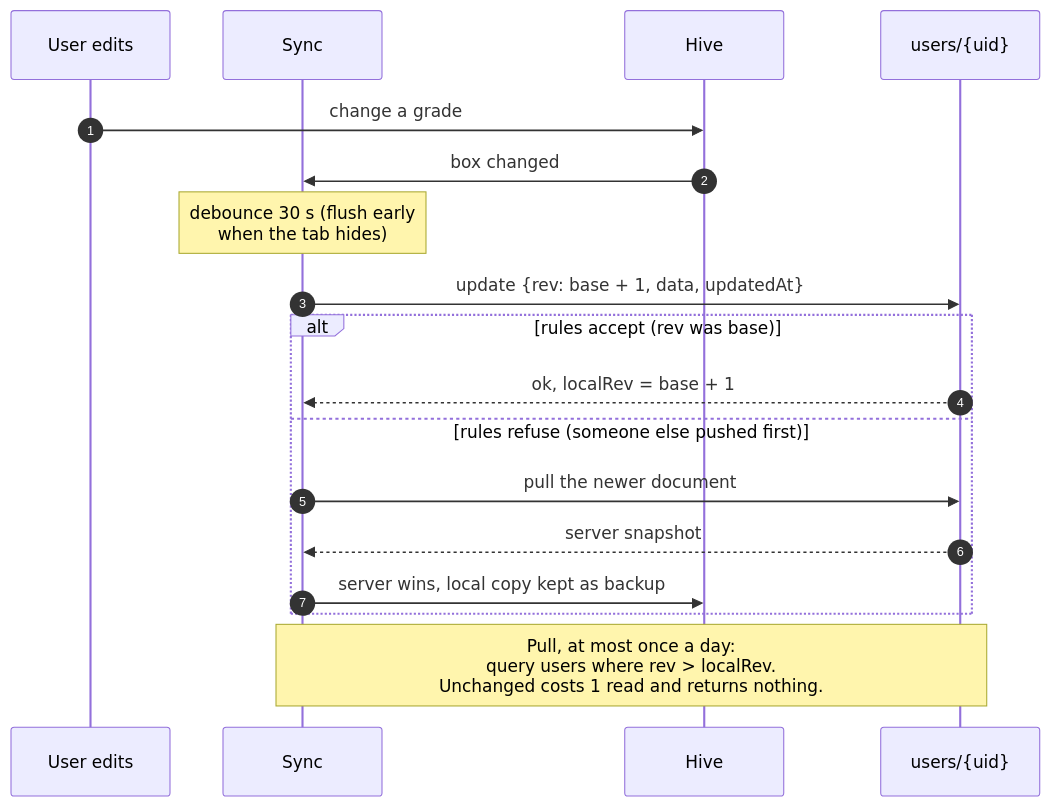
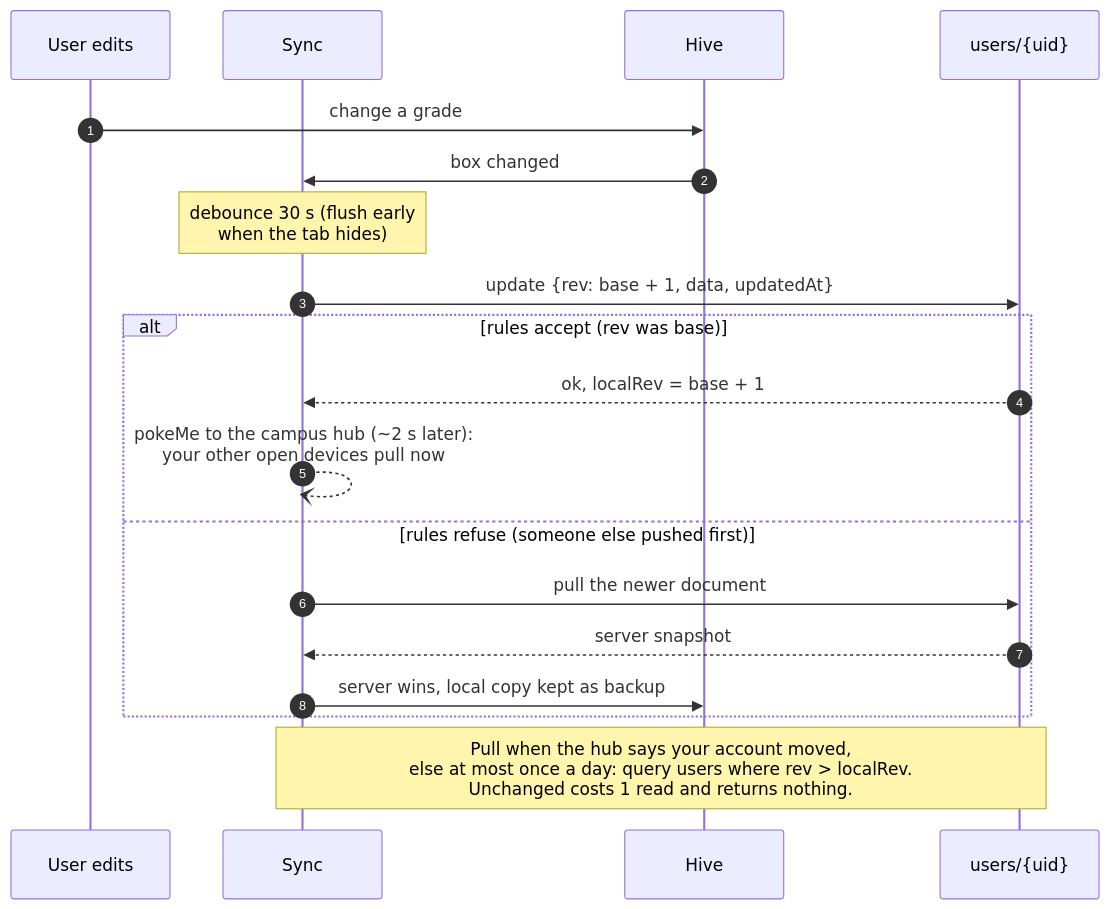
Before and after one commit to e-iotapi/CGPA_Calculator: the fourth of 12 diagrams in docs/ARCHITECTURE.md, drawn with Mermaid. The commit also changed other lines of this file and 2 other files, not shown here.

First line of the commit message:
Docs: diagrams and loading design after the final review (worker, live sync, no spinners, cost limits, marker rules)

````diff
--- a/docs/ARCHITECTURE.md
+++ b/docs/ARCHITECTURE.md
@@ -187,22 +192,23 @@
 ```mermaid
 sequenceDiagram
   autonumber
   participant U as User edits
   participant S as Sync
   participant H as Hive
   participant F as users/{uid}
 
   U->>H: change a grade
   H->>S: box changed
   Note over S: debounce 30 s (flush early<br/>when the tab hides)
   S->>F: update {rev: base + 1, data, updatedAt}
   alt rules accept (rev was base)
     F-->>S: ok, localRev = base + 1
+    S--)S: pokeMe to the campus hub (~2 s later):<br/>your other open devices pull now
   else rules refuse (someone else pushed first)
     S->>F: pull the newer document
     F-->>S: server snapshot
     S->>H: server wins, local copy kept as backup
   end
 
-  Note over S,F: Pull, at most once a day:<br/>query users where rev > localRev.<br/>Unchanged costs 1 read and returns nothing.
+  Note over S,F: Pull when the hub says your account moved,<br/>else at most once a day: query users where rev > localRev.<br/>Unchanged costs 1 read and returns nothing.
 ```
````
